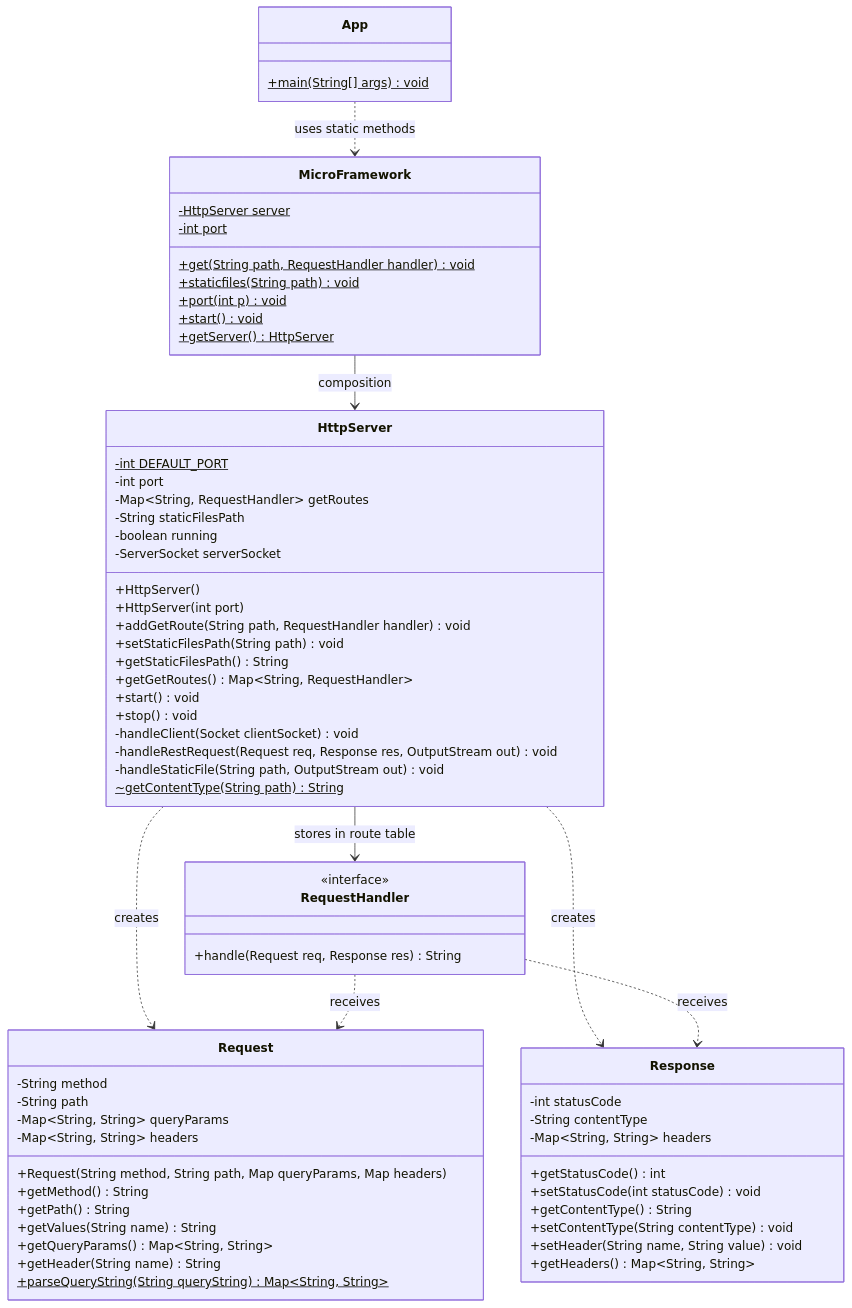
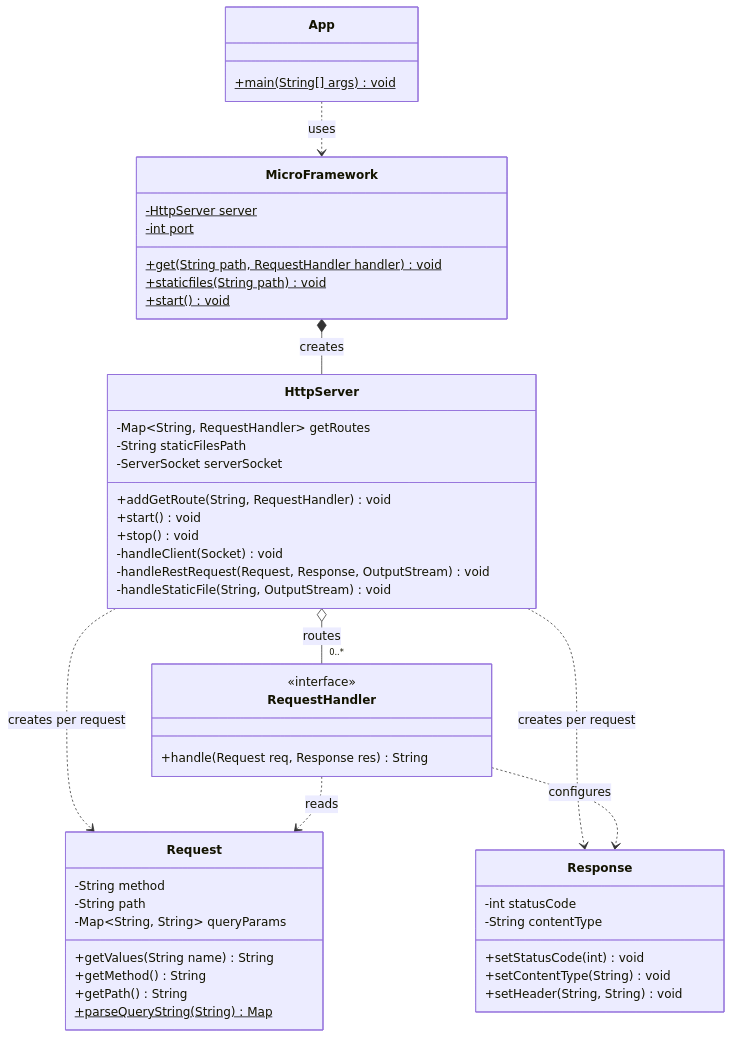
Before and after one commit to DSBAENAR/microframework: the first of 2 diagrams in README.md, drawn with Mermaid.

Commit message:
docs: simplify UML class diagram with key methods only
- Show only the most important methods per class
- Use proper UML relationships: composition (*--), aggregation (o--)
- Add cardinality on routes relationship (0..*)
- Cleaner layout with direction TB

````diff
--- a/README.md
+++ b/README.md
@@ -18,77 +18,60 @@
 ```mermaid
 classDiagram
+    direction TB
+
     class App {
         +main(String[] args)$ void
     }
 
     class MicroFramework {
         -HttpServer server$
         -int port$
         +get(String path, RequestHandler handler)$ void
         +staticfiles(String path)$ void
-        +port(int p)$ void
         +start()$ void
-        +getServer()$ HttpServer
     }
 
     class HttpServer {
-        -int DEFAULT_PORT$
-        -int port
         -Map~String, RequestHandler~ getRoutes
         -String staticFilesPath
-        -boolean running
         -ServerSocket serverSocket
-        +HttpServer()
-        +HttpServer(int port)
-        +addGetRoute(String path, RequestHandler handler) void
-        +setStaticFilesPath(String path) void
-        +getStaticFilesPath() String
-        +getGetRoutes() Map~String, RequestHandler~
+        +addGetRoute(String, RequestHandler) void
         +start() void
         +stop() void
-        -handleClient(Socket clientSocket) void
-        -handleRestRequest(Request req, Response res, OutputStream out) void
-        -handleStaticFile(String path, OutputStream out) void
-        ~getContentType(String path)$ String
-    }
-
-    class Request {
-        -String method
-        -String path
-        -Map~String, String~ queryParams
-        -Map~String, String~ headers
-        +Request(String method, String path, Map queryParams, Map headers)
-        +getMethod() String
-        +getPath() String
-        +getValues(String name) String
-        +getQueryParams() Map~String, String~
-        +getHeader(String name) String
-        +parseQueryString(String queryString)$ Map~String, String~
-    }
-
-    class Response {
-        -int statusCode
-        -String contentType
-        -Map~String, String~ headers
-        +getStatusCode() int
-        +setStatusCode(int statusCode) void
-        +getContentType() String
-        +setContentType(String contentType) void
-        +setHeader(String name, String value) void
-        +getHeaders() Map~String, String~
+        -handleClient(Socket) void
+        -handleRestRequest(Request, Response, OutputStream) void
+        -handleStaticFile(String, OutputStream) void
     }
 
     class RequestHandler {
         <<interface>>
         <<FunctionalInterface>>
         +handle(Request req, Response res) String
     }
 
-    App ..> MicroFramework : uses static methods
-    MicroFramework --> HttpServer : composition
-    HttpServer --> RequestHandler : stores in route table
-    HttpServer ..> Request : creates
-    HttpServer ..> Response : creates
-    RequestHandler ..> Request : receives
-    RequestHandler ..> Response : receives
+    class Request {
+        -String method
+        -String path
+        -Map~String, String~ queryParams
+        +getValues(String name) String
+        +getMethod() String
+        +getPath() String
+        +parseQueryString(String)$ Map
+    }
+
+    class Response {
+        -int statusCode
+        -String contentType
+        +setStatusCode(int) void
+        +setContentType(String) void
+        +setHeader(String, String) void
+    }
+
+    App ..> MicroFramework : uses
+    MicroFramework *-- HttpServer : creates
+    HttpServer o-- "0..*" RequestHandler : routes
+    HttpServer ..> Request : creates per request
+    HttpServer ..> Response : creates per request
+    RequestHandler ..> Request : reads
+    RequestHandler ..> Response : configures
 ```
````
